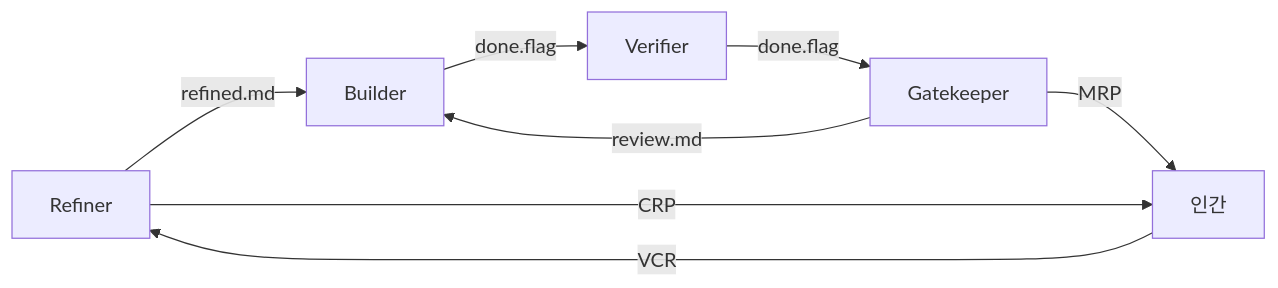
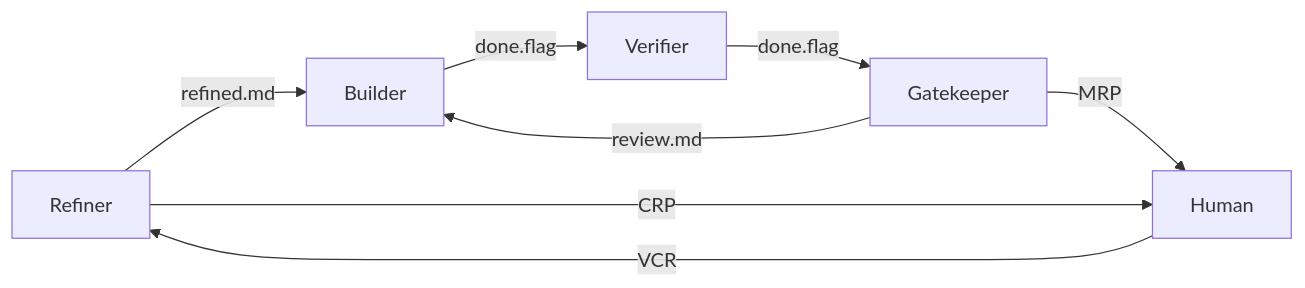
Before and after one commit to choo121600/dure: the second of 2 diagrams in docs/guide/understanding-agents.md, drawn with Mermaid. The commit also changed other lines of this file and 38 other files, not shown here.

````diff
--- a/docs/guide/understanding-agents.md
+++ b/docs/guide/understanding-agents.md
@@ -568,10 +568,10 @@
 ```mermaid
 graph LR
     R[Refiner] -->|refined.md| B[Builder]
     B -->|done.flag| V[Verifier]
     V -->|done.flag| G[Gatekeeper]
     G -->|review.md| B
-    G -->|MRP| H[인간]
+    G -->|MRP| H[Human]
     R -->|CRP| H
     H -->|VCR| R
 ```
````
